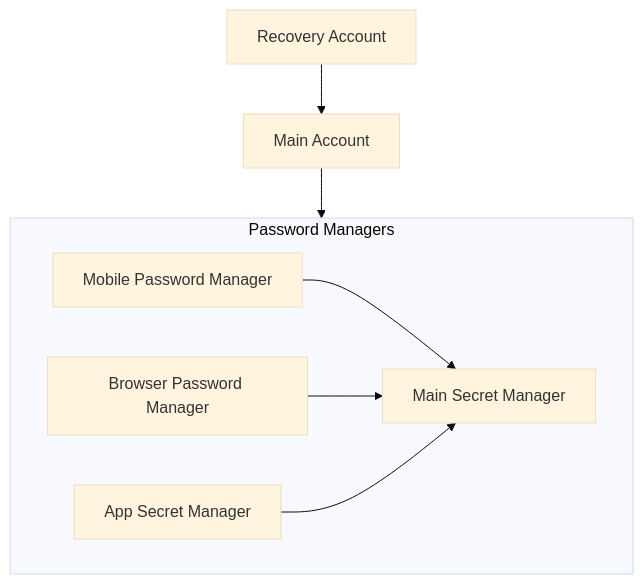
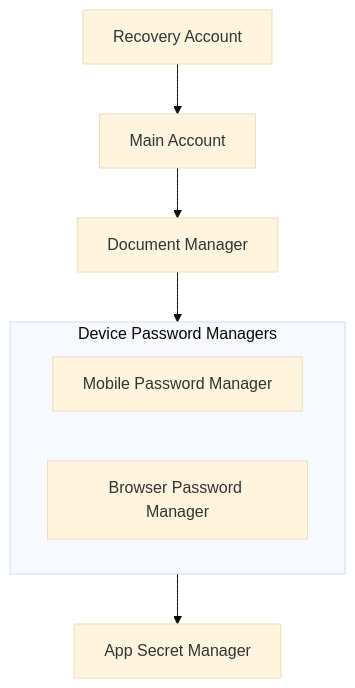
One commit to iamharryliu/vigilant-broccoli changed the diagram in docs/infrastructure/secret-management.md. Above: the diagram before and after it, drawn with Mermaid (base theme). The commit also changed other lines of this file and 2 other files, not shown here.

````diff
--- a/docs/infrastructure/secret-management.md
+++ b/docs/infrastructure/secret-management.md
@@ -5,15 +5,15 @@
 ```mermaid
 flowchart
 
-subgraph PASSWORD_MANAGERS[Password Managers]
-  MAIN_SECRET_MANAGER[Main Secret Manager]
+
+RECOVERY_ACCOUNT[Recovery Account]
+MAIN_ACCOUNT[Main Account]
+DOCUMENT_MANAGER[Document Manager]
+subgraph DEVICE_PASSWORD_MANAGERS[Device Password Managers]
   MOBILE_PASSWORD_MANAGER[Mobile Password Manager]
   BROWSER_PASSWORD_MANAGER[Browser Password Manager]
-  APP_SECRET_MANAGER[App Secret Manager]
-  MOBILE_PASSWORD_MANAGER-->MAIN_SECRET_MANAGER
-  BROWSER_PASSWORD_MANAGER-->MAIN_SECRET_MANAGER
-  APP_SECRET_MANAGER-->MAIN_SECRET_MANAGER
 end
+APP_SECRET_MANAGER[App Secret Manager]
 
-RECOVERY_ACCOUNT[Recovery Account]-->MAIN_ACCOUNT[Main Account]-->PASSWORD_MANAGERS
+RECOVERY_ACCOUNT-->MAIN_ACCOUNT-->DOCUMENT_MANAGER-->DEVICE_PASSWORD_MANAGERS-->APP_SECRET_MANAGER
 ```
````
